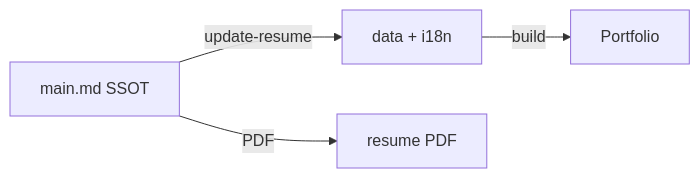
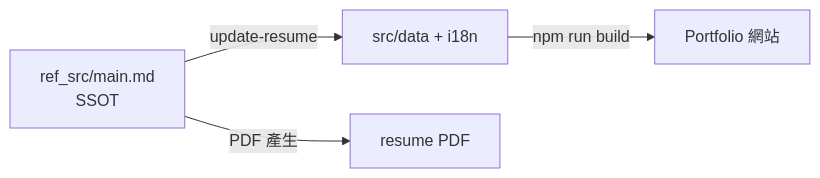
One commit to dicoge/smartresume changed the first of 2 diagrams in README.md. Above: the diagram before and after it, drawn with Mermaid. The commit also changed other lines of this file, not shown here.

Commit message:
docs(readme): fix mermaid flowchart syntax

````diff
--- a/README.md
+++ b/README.md
@@ -98,6 +98,6 @@
 ```mermaid
 flowchart LR
-    A["main.md SSOT"] -- update-resume --> B["data + i18n"]
-    A -- PDF --> C["resume PDF"]
-    B -- build --> D["Portfolio"]
+    A[ref_src/main.md\nSSOT] -->|update-resume| B[src/data + i18n]
+    A -->|PDF 產生| C[resume PDF]
+    B -->|npm run build| D[Portfolio 網站]
 ```
````
